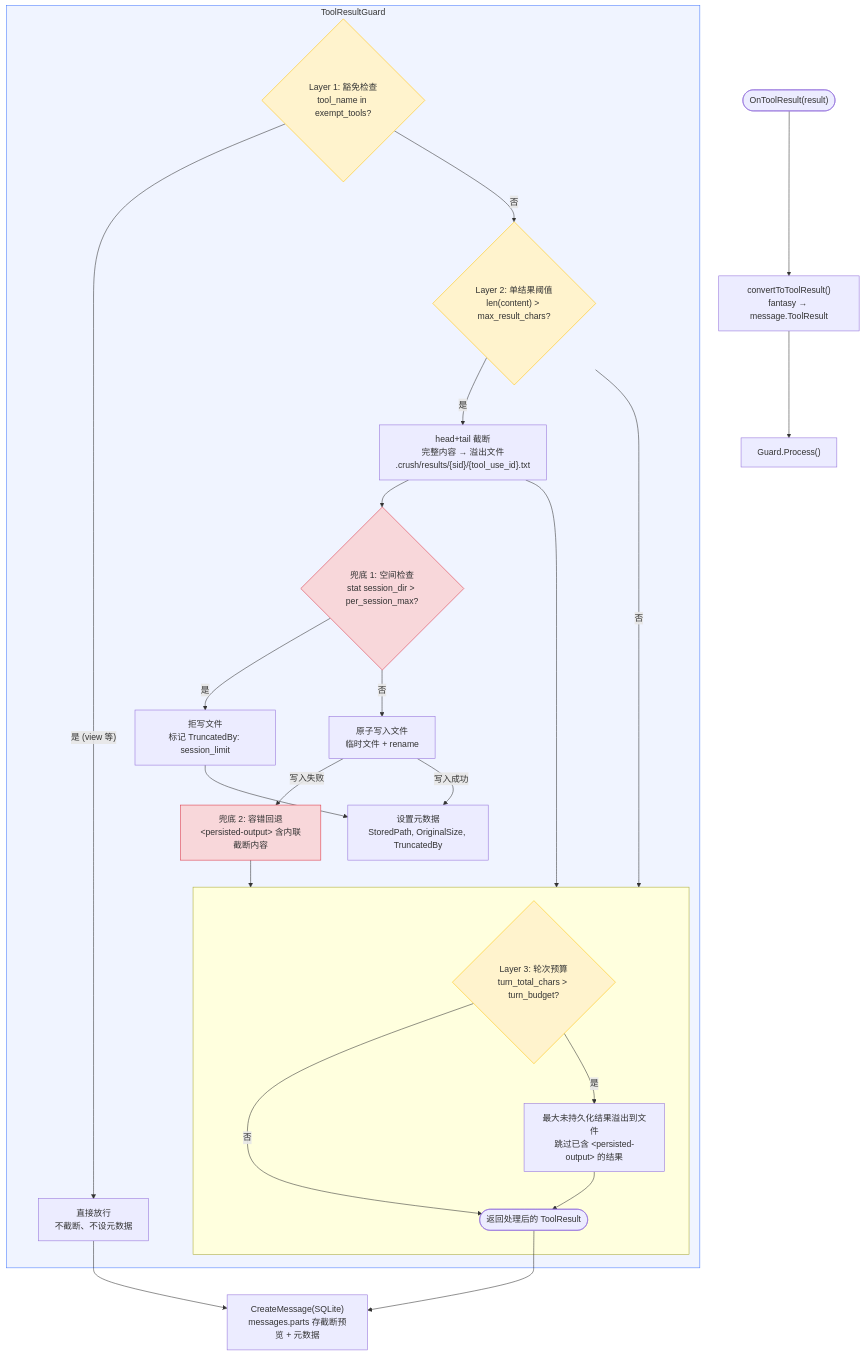
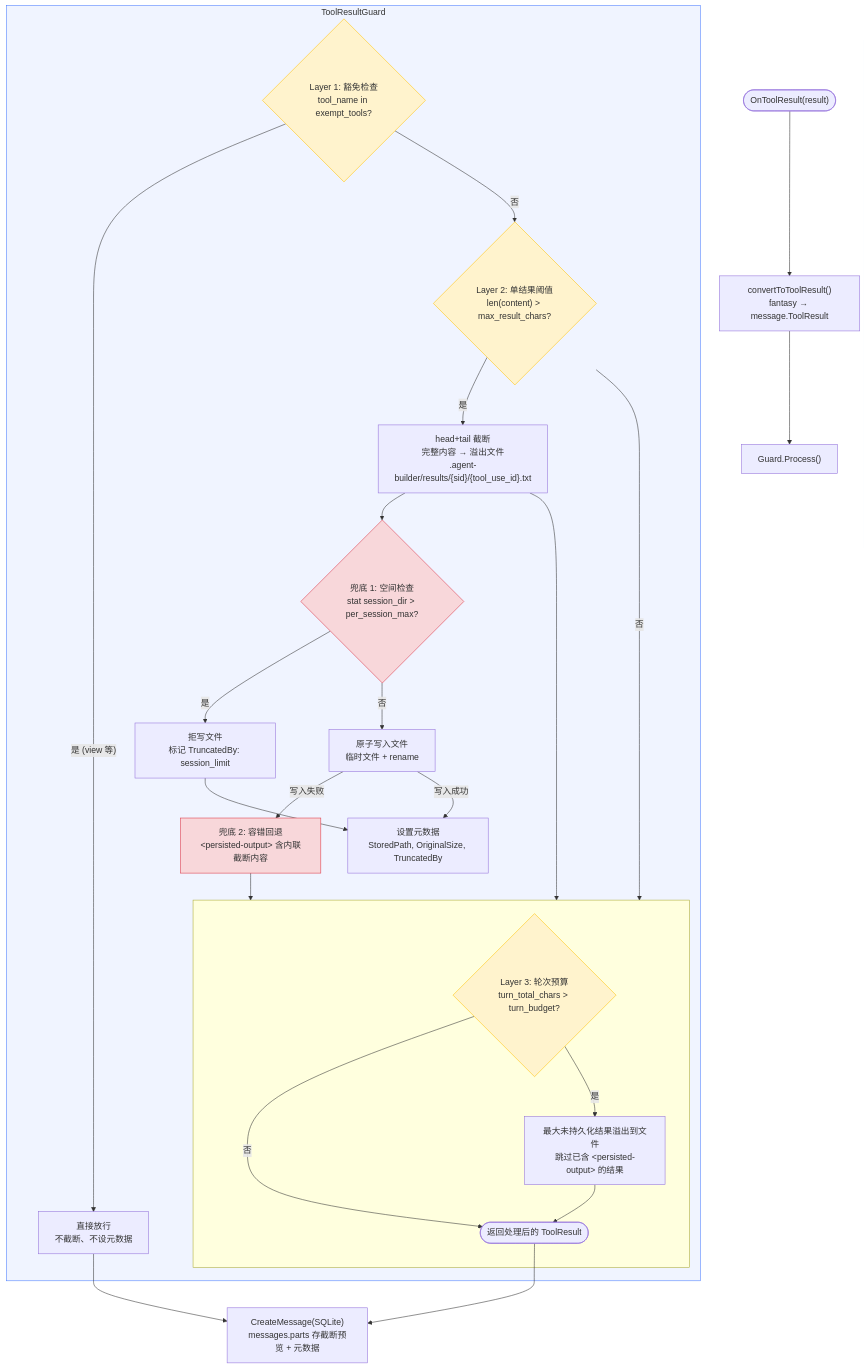
One commit to CIPFZ/agent-builder changed the second of 3 diagrams in docs/tool-result-guard-design.md. Above: the diagram before and after it, drawn with Mermaid. The commit also changed other lines of this file and 417 other files, not shown here.

Commit message:
Migrate module path and refine timeline UI

````diff
--- a/docs/tool-result-guard-design.md
+++ b/docs/tool-result-guard-design.md
@@ -267,41 +267,41 @@
 ```mermaid
 flowchart TD
     START(["OnToolResult(result)"]) --> CONVERT["convertToToolResult()<br/>fantasy → message.ToolResult"]
     CONVERT --> GUARD["Guard.Process()"]
 
     subgraph GUARD_INTERNAL["ToolResultGuard"]
         L1{"Layer 1: 豁免检查<br/>tool_name in exempt_tools?"}
         L1 -->|"是 (view 等)"| PASS["直接放行<br/>不截断、不设元数据"]
         L1 -->|"否"| L2{"Layer 2: 单结果阈值<br/>len(content) > max_result_chars?"}
 
         L2 -->|"否"| L3_ENTRY
-        L2 -->|"是"| TRUNC["head+tail 截断<br/>完整内容 → 溢出文件<br/>.crush/results/{sid}/{tool_use_id}.txt"]
+        L2 -->|"是"| TRUNC["head+tail 截断<br/>完整内容 → 溢出文件<br/>.agent-builder/results/{sid}/{tool_use_id}.txt"]
 
         TRUNC --> SPACE_CHECK{"兜底 1: 空间检查<br/>stat session_dir > per_session_max?"}
         SPACE_CHECK -->|"是"| REJECT["拒写文件<br/>标记 TruncatedBy: session_limit"]
         SPACE_CHECK -->|"否"| WRITE["原子写入文件<br/>临时文件 + rename"]
         WRITE -->|"写入失败"| FALLBACK["兜底 2: 容错回退<br/>&lt;persisted-output&gt; 含内联截断内容"]
         WRITE -->|"写入成功"| SET_META["设置元数据<br/>StoredPath, OriginalSize, TruncatedBy"]
 
         REJECT --> SET_META
         TRUNC --> L3_ENTRY
         FALLBACK --> L3_ENTRY
 
         subgraph L3_ENTRY [" "]
             L3{"Layer 3: 轮次预算<br/>turn_total_chars > turn_budget?"}
             L3 -->|"否"| DONE
             L3 -->|"是"| SPILL["最大未持久化结果溢出到文件<br/>跳过已含 &lt;persisted-output&gt; 的结果"]
             SPILL --> DONE(["返回处理后的 ToolResult"])
         end
     end
 
     PASS --> CREATE
     DONE --> CREATE["CreateMessage(SQLite)<br/>messages.parts 存截断预览 + 元数据"]
 
     style GUARD_INTERNAL fill:#f0f4ff,stroke:#4a7dff
     style L1 fill:#fff3cd,stroke:#ffc107
     style L2 fill:#fff3cd,stroke:#ffc107
     style L3 fill:#fff3cd,stroke:#ffc107
     style SPACE_CHECK fill:#f8d7da,stroke:#dc3545
     style FALLBACK fill:#f8d7da,stroke:#dc3545
 ```
````
